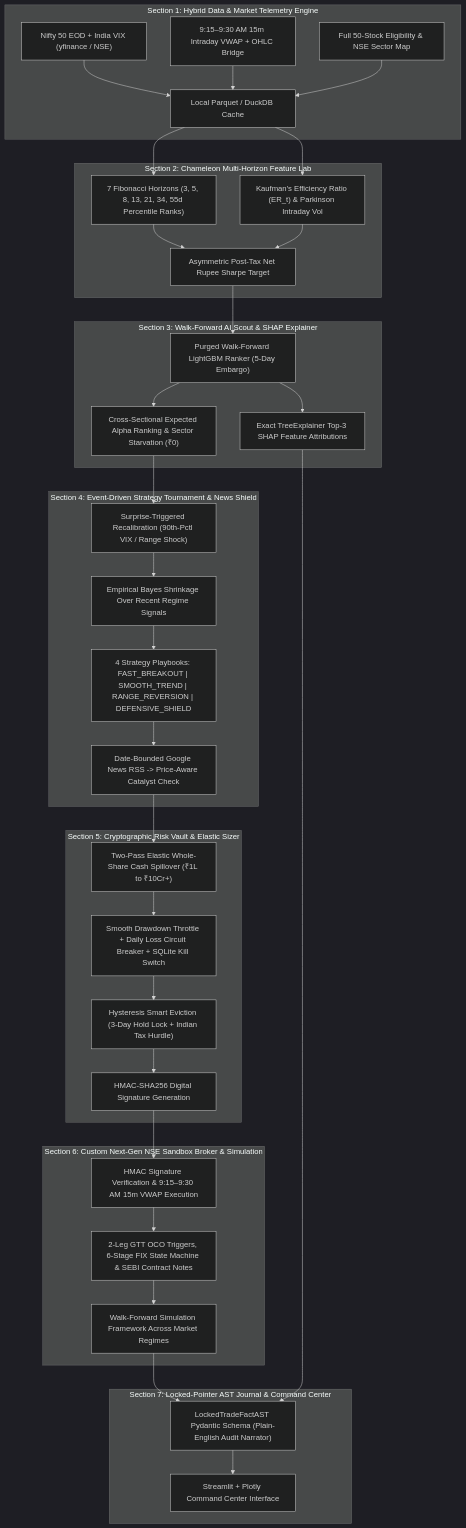
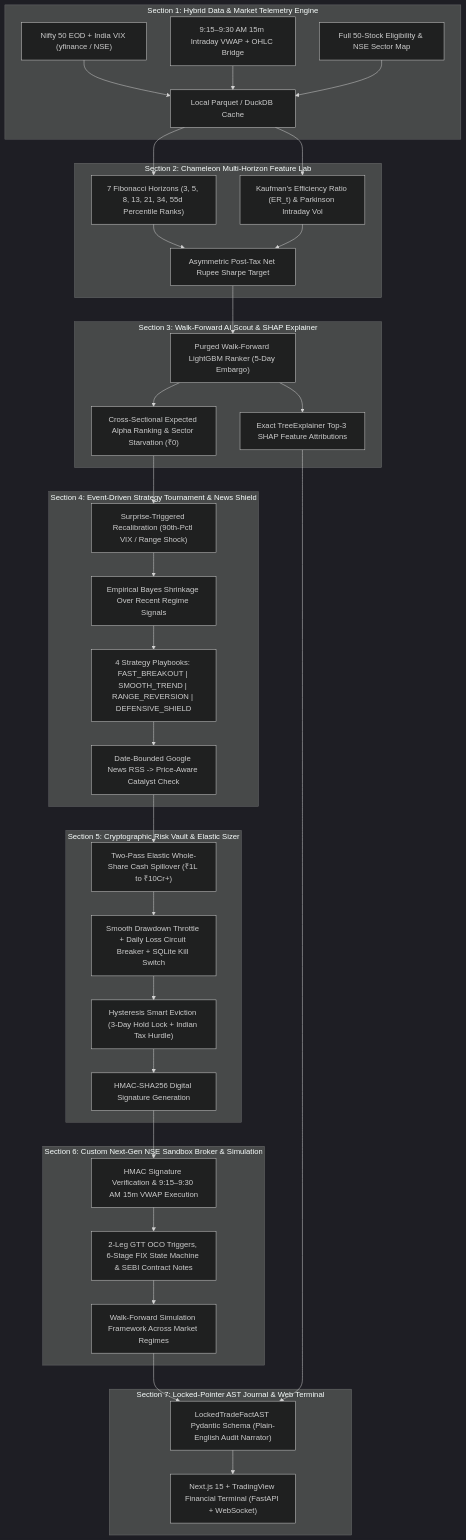
One commit to MavedNahrub/AgentX changed the diagram in ARCHITECTURE.md. Above: the diagram before and after it, drawn with Mermaid (dark theme). The commit also changed 3 other files, not shown here.

Commit message:
cleanup: finalize architecture and code references for submission

````diff
--- a/ARCHITECTURE.md
+++ b/ARCHITECTURE.md
@@ -16,55 +16,55 @@
 ```mermaid
 flowchart TD
     subgraph S1["Section 1: Hybrid Data & Market Telemetry Engine"]
         D1["Nifty 50 EOD + India VIX (yfinance / NSE)"]
         D2["9:15–9:30 AM 15m Intraday VWAP + OHLC Bridge"]
         D3["Full 50-Stock Eligibility & NSE Sector Map"]
         D4["Local Parquet / DuckDB Cache"]
         D1 --> D4
         D2 --> D4
         D3 --> D4
     end
 
     subgraph S2["Section 2: Chameleon Multi-Horizon Feature Lab"]
         F1["7 Fibonacci Horizons (3, 5, 8, 13, 21, 34, 55d Percentile Ranks)"]
         F2["Kaufman's Efficiency Ratio (ER_t) & Parkinson Intraday Vol"]
         F3["Asymmetric Post-Tax Net Rupee Sharpe Target"]
         D4 --> F1 & F2 --> F3
     end
 
     subgraph S3["Section 3: Walk-Forward AI Scout & SHAP Explainer"]
         A1["Purged Walk-Forward LightGBM Ranker (5-Day Embargo)"]
         A2["Cross-Sectional Expected Alpha Ranking & Sector Starvation (₹0)"]
         A3["Exact TreeExplainer Top-3 SHAP Feature Attributions"]
         F3 --> A1 --> A2 & A3
     end
 
     subgraph S4["Section 4: Event-Driven Strategy Tournament & News Shield"]
         T1["Surprise-Triggered Recalibration (90th-Pctl VIX / Range Shock)"]
         T2["Empirical Bayes Shrinkage Over Recent Regime Signals"]
         T3["4 Strategy Playbooks: FAST_BREAKOUT | SMOOTH_TREND | RANGE_REVERSION | DEFENSIVE_SHIELD"]
         N1["Date-Bounded Google News RSS -> Price-Aware Catalyst Check"]
         A2 --> T1 --> T2 --> T3 --> N1
     end
 
     subgraph S5["Section 5: Cryptographic Risk Vault & Elastic Sizer"]
         R1["Two-Pass Elastic Whole-Share Cash Spillover (₹1L to ₹10Cr+)"]
         R2["Smooth Drawdown Throttle + Daily Loss Circuit Breaker + SQLite Kill Switch"]
         R3["Hysteresis Smart Eviction (3-Day Hold Lock + Indian Tax Hurdle)"]
         R4["HMAC-SHA256 Digital Signature Generation"]
         N1 --> R1 --> R2 --> R3 --> R4
     end
 
     subgraph S6["Section 6: Custom Next-Gen NSE Sandbox Broker & Simulation"]
         B1["HMAC Signature Verification & 9:15–9:30 AM 15m VWAP Execution"]
         B2["2-Leg GTT OCO Triggers, 6-Stage FIX State Machine & SEBI Contract Notes"]
         B3["Walk-Forward Simulation Framework Across Market Regimes"]
         R4 --> B1 --> B2 --> B3
     end
 
-    subgraph S7["Section 7: Locked-Pointer AST Journal & Command Center"]
+    subgraph S7["Section 7: Locked-Pointer AST Journal & Web Terminal"]
         J1["LockedTradeFactAST Pydantic Schema (Plain-English Audit Narrator)"]
-        J2["Streamlit + Plotly Command Center Interface"]
+        J2["Next.js 15 + TradingView Financial Terminal (FastAPI + WebSocket)"]
         B3 & A3 --> J1 --> J2
     end
 ```
````
